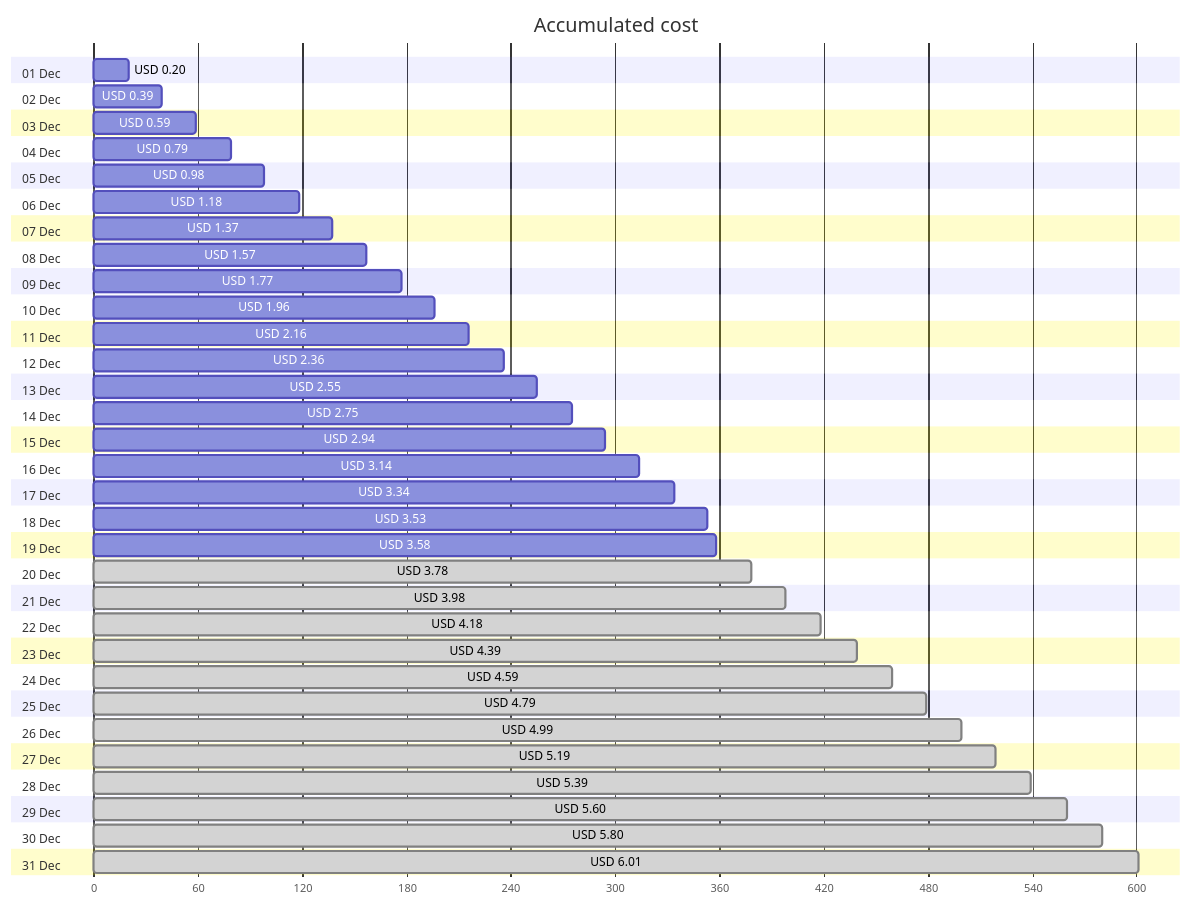
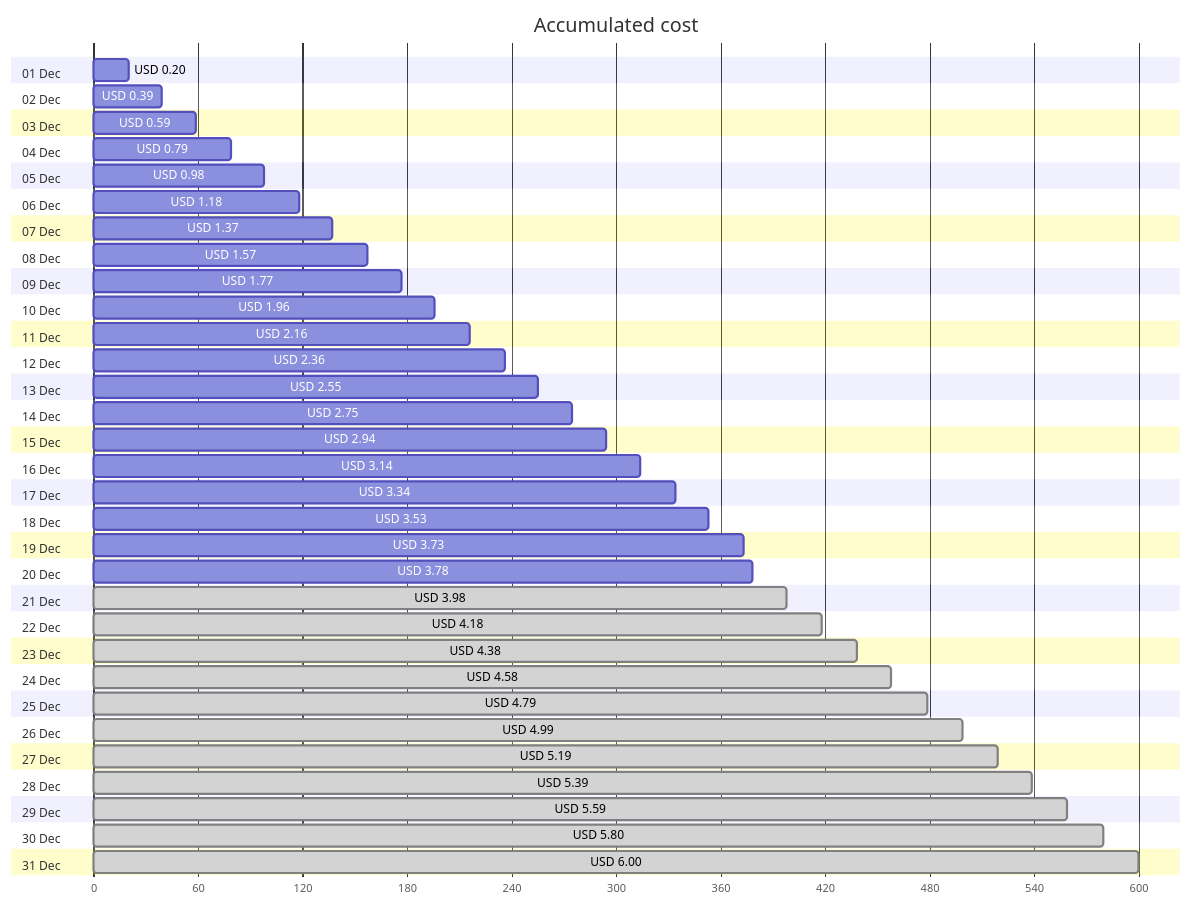
One commit to jpfulton/azure-personal-reports changed the first of 4 diagrams in cost-reports/personal-network/backup-server.md. Above: the diagram before and after it, drawn with Mermaid. The commit also changed other lines of this file and 8 other files, not shown here.

````diff
--- a/cost-reports/personal-network/backup-server.md
+++ b/cost-reports/personal-network/backup-server.md
@@ -20,68 +20,68 @@
 ```mermaid
 gantt
    title Accumulated cost
    dateFormat  X
    axisFormat %s
    section 01 Dec
    USD 0.20 :0, 20
    section 02 Dec
    USD 0.39 :0, 39
    section 03 Dec
    USD 0.59 :0, 59
    section 04 Dec
    USD 0.79 :0, 79
    section 05 Dec
    USD 0.98 :0, 98
    section 06 Dec
    USD 1.18 :0, 118
    section 07 Dec
    USD 1.37 :0, 137
    section 08 Dec
    USD 1.57 :0, 157
    section 09 Dec
    USD 1.77 :0, 177
    section 10 Dec
    USD 1.96 :0, 196
    section 11 Dec
    USD 2.16 :0, 216
    section 12 Dec
    USD 2.36 :0, 236
    section 13 Dec
    USD 2.55 :0, 255
    section 14 Dec
    USD 2.75 :0, 275
    section 15 Dec
    USD 2.94 :0, 294
    section 16 Dec
    USD 3.14 :0, 314
    section 17 Dec
    USD 3.34 :0, 334
    section 18 Dec
    USD 3.53 :0, 353
    section 19 Dec
-   USD 3.58 :0, 358
+   USD 3.73 :0, 373
    section 20 Dec
-   USD 3.78 : done, 0, 378
+   USD 3.78 :0, 378
    section 21 Dec
    USD 3.98 : done, 0, 398
    section 22 Dec
    USD 4.18 : done, 0, 418
    section 23 Dec
-   USD 4.39 : done, 0, 439
+   USD 4.38 : done, 0, 438
    section 24 Dec
-   USD 4.59 : done, 0, 459
+   USD 4.58 : done, 0, 458
    section 25 Dec
    USD 4.79 : done, 0, 479
    section 26 Dec
    USD 4.99 : done, 0, 499
    section 27 Dec
    USD 5.19 : done, 0, 519
    section 28 Dec
    USD 5.39 : done, 0, 539
    section 29 Dec
-   USD 5.60 : done, 0, 560
+   USD 5.59 : done, 0, 559
    section 30 Dec
    USD 5.80 : done, 0, 580
    section 31 Dec
-   USD 6.01 : done, 0, 601
+   USD 6.00 : done, 0, 600
 ```
````
